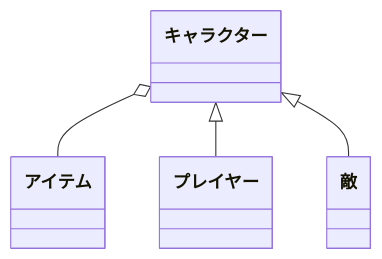
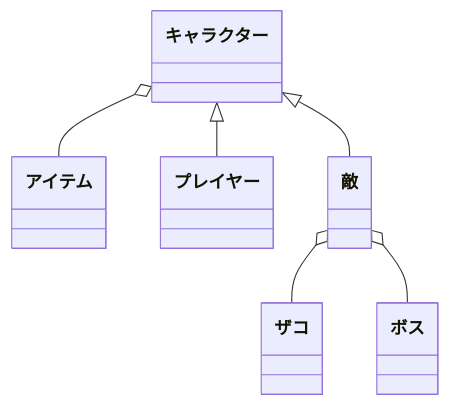
One commit to tpu-game-2023/mermaid_test changed the third of 3 diagrams in README.md. Above: the diagram before and after it, drawn with Mermaid. The commit also changed other lines of this file, not shown here.

````diff
--- a/README.md
+++ b/README.md
@@ -70,6 +69,8 @@
 ```mermaid
 classDiagram
     キャラクター o-- アイテム
     キャラクター <|-- プレイヤー
     キャラクター <|-- 敵
+    敵 o-- ザコ
+    敵 o-- ボス
 ```
````
